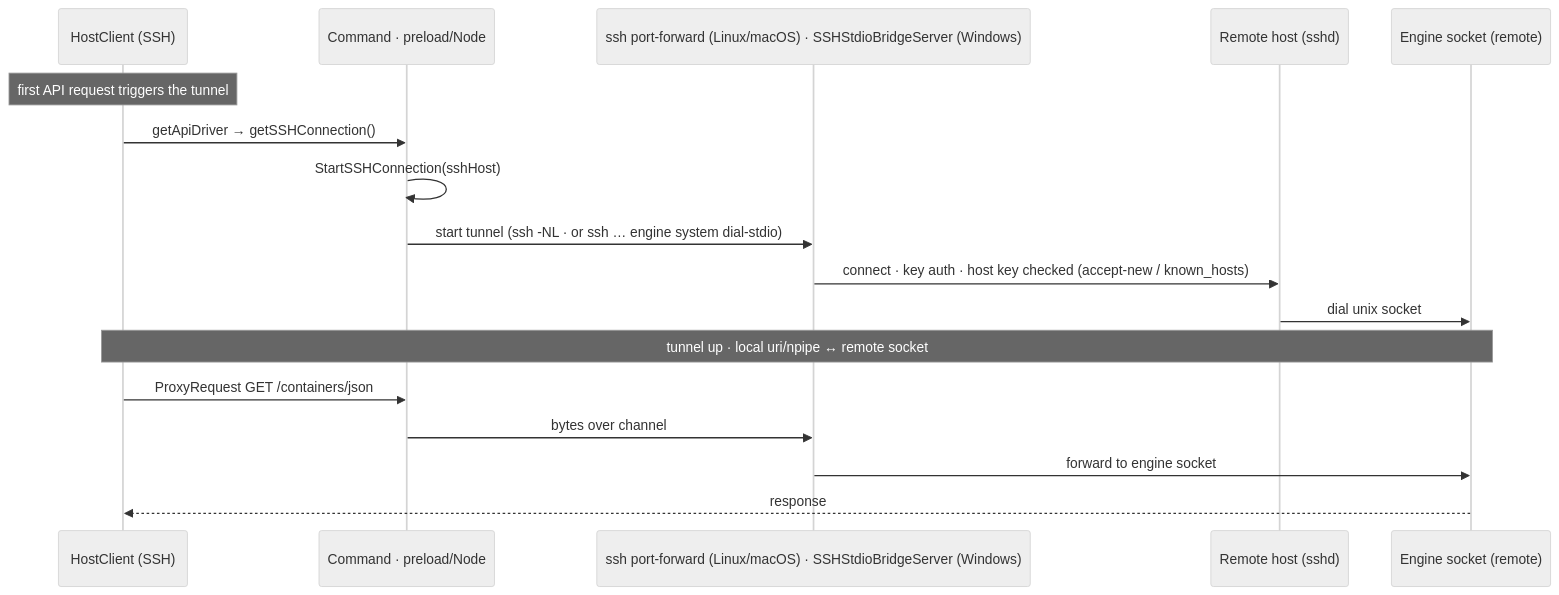
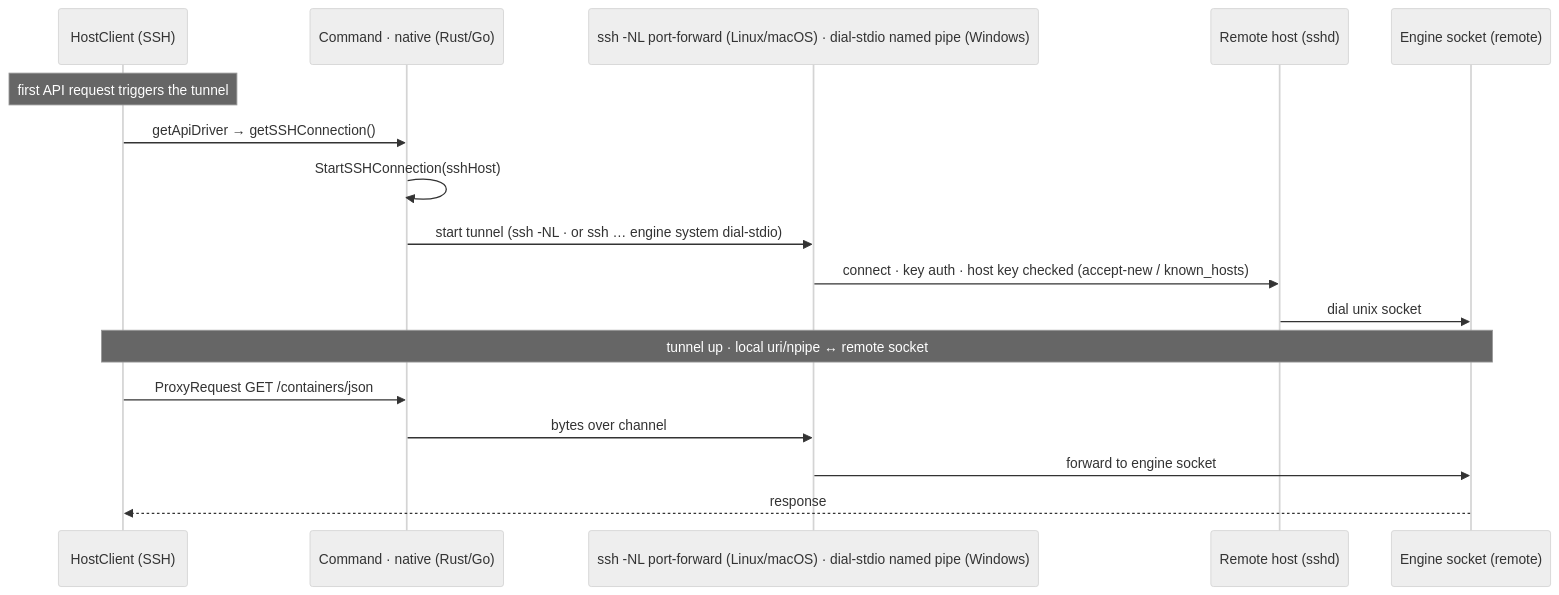
One commit to iongion/container-desktop changed the fourth of 6 diagrams in docs/architecture/connection-startup.md. Above: the diagram before and after it, drawn with Mermaid (neutral theme). The commit also changed other lines of this file and 1901 other files, not shown here.

````diff
--- a/docs/architecture/connection-startup.md
+++ b/docs/architecture/connection-startup.md
@@ -145,20 +145,20 @@
 ```mermaid
 sequenceDiagram
   participant Host as HostClient (SSH)
-  participant Cmd as Command · preload/Node
-  participant Bridge as ssh port-forward (Linux/macOS) · SSHStdioBridgeServer (Windows)
+  participant Cmd as Command · native (Rust/Go)
+  participant Bridge as ssh -NL port-forward (Linux/macOS) · dial-stdio named pipe (Windows)
   participant Remote as Remote host (sshd)
   participant Sock as Engine socket (remote)
 
   Note over Host: first API request triggers the tunnel
   Host->>Cmd: getApiDriver → getSSHConnection()
   Cmd->>Cmd: StartSSHConnection(sshHost)
   Cmd->>Bridge: start tunnel (ssh -NL · or ssh … engine system dial-stdio)
   Bridge->>Remote: connect · key auth · host key checked (accept-new / known_hosts)
   Remote->>Sock: dial unix socket
   Note over Host,Sock: tunnel up · local uri/npipe ↔ remote socket
   Host->>Cmd: ProxyRequest GET /containers/json
   Cmd->>Bridge: bytes over channel
   Bridge->>Sock: forward to engine socket
   Sock-->>Host: response
 ```
````
